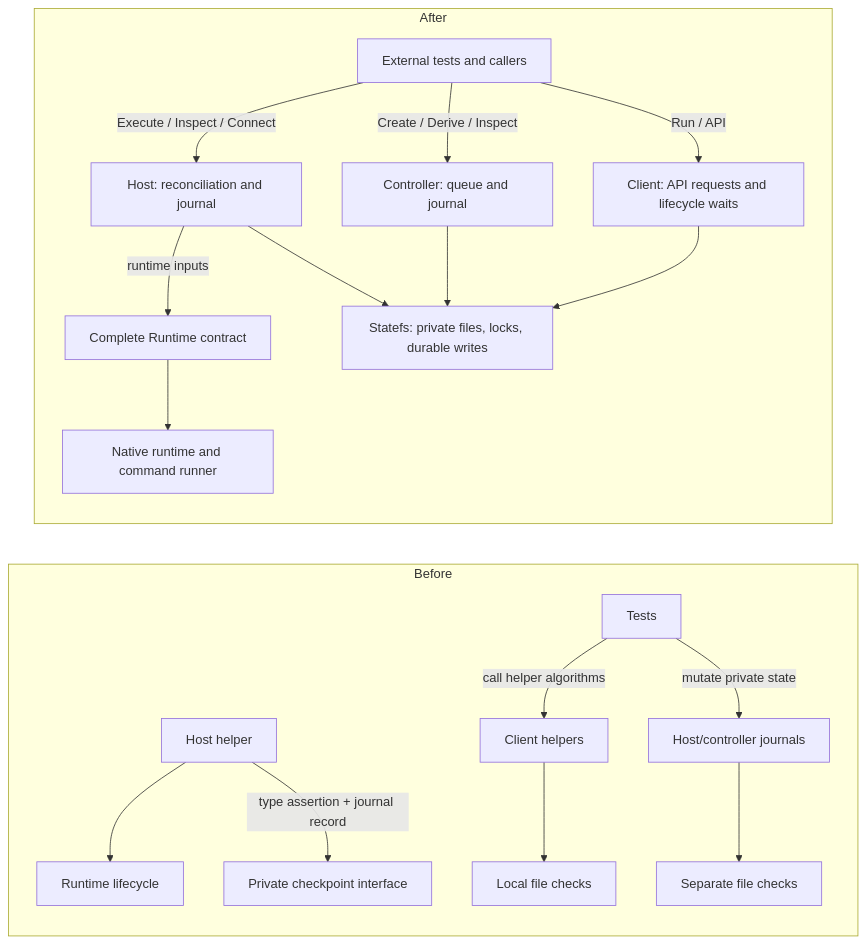
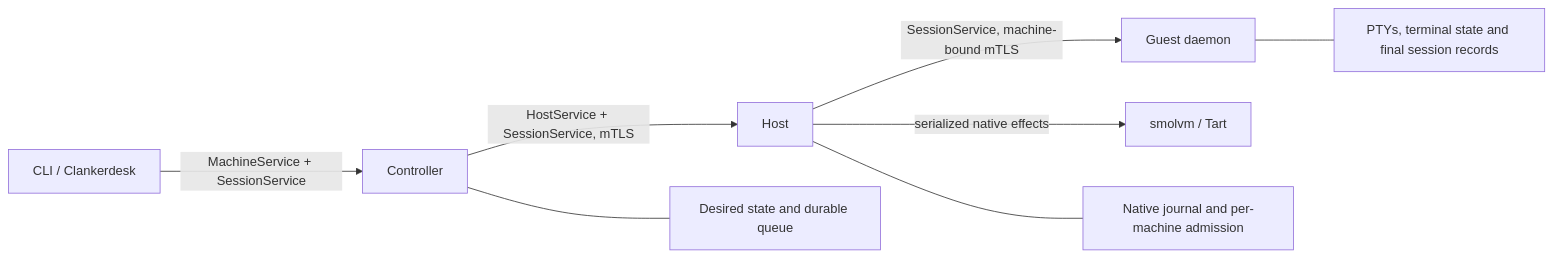
The diagram in docs/module-contracts.md (gjermundgaraba/clankerbox), drawn with Mermaid before and after one commit. The commit also changed other lines of this file and 3 other files, not shown here.

````diff
--- a/docs/module-contracts.md
+++ b/docs/module-contracts.md
@@ -16,21 +7,10 @@
 ```mermaid
 flowchart LR
-  subgraph Before
-    T[Tests] -->|mutate private state| J[Host/controller journals]
-    T -->|call helper algorithms| C[Client helpers]
-    H[Host helper] --> R[Runtime lifecycle]
-    H -->|type assertion + journal record| X[Private checkpoint interface]
-    C --> F[Local file checks]
-    J --> G[Separate file checks]
-  end
-  subgraph After
-    E[External tests and callers] -->|Run / API| CL[Client: API requests and lifecycle waits]
-    E -->|Create / Derive / Inspect| CO[Controller: queue and journal]
-    E -->|Execute / Inspect / Connect| HO[Host: reconciliation and journal]
-    HO -->|runtime inputs| RT[Complete Runtime contract]
-    RT --> NR[Native runtime and command runner]
-    CL --> SF[Statefs: private files, locks, durable writes]
-    CO --> SF
-    HO --> SF
-  end
+  C[CLI / Clankerdesk] -->|MachineService + SessionService| CO[Controller]
+  CO -->|HostService + SessionService, mTLS| H[Host]
+  H -->|SessionService, machine-bound mTLS| G[Guest daemon]
+  H -->|serialized native effects| R[smolvm / Tart]
+  CO --- Q[Desired state and durable queue]
+  H --- J[Native journal and per-machine admission]
+  G --- S[PTYs, terminal state and final session records]
 ```
````
